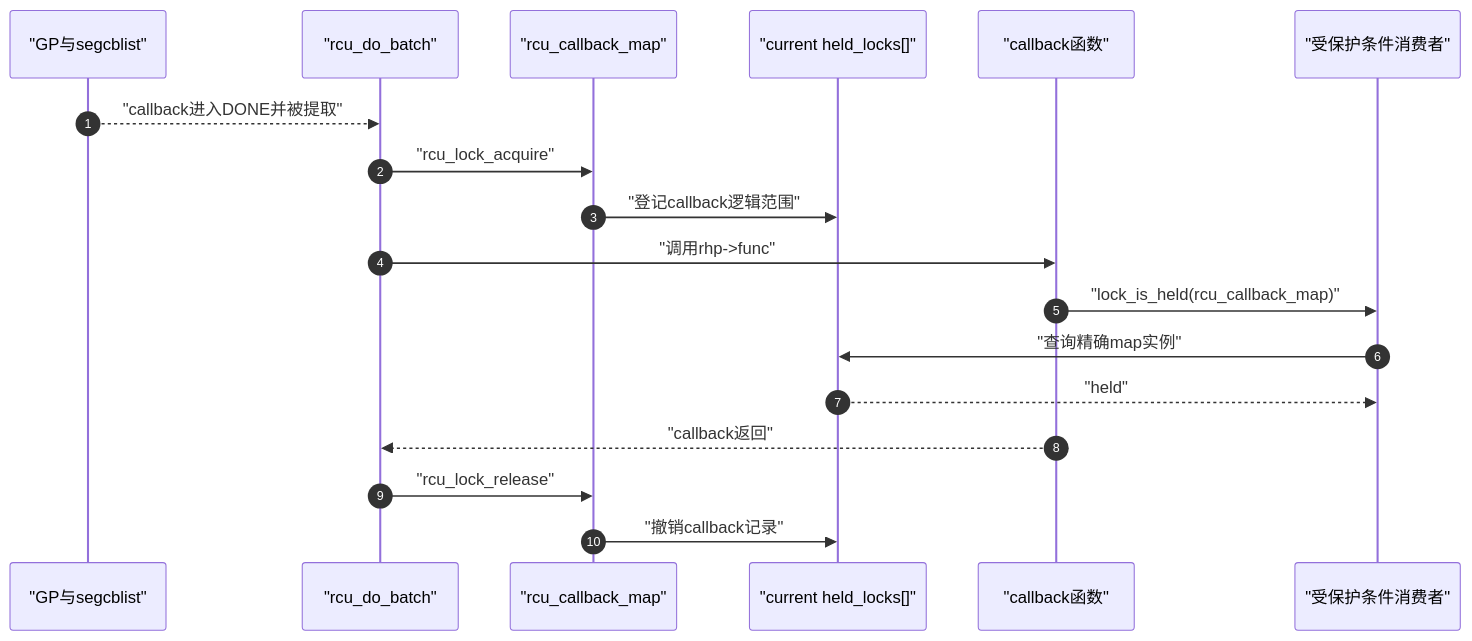
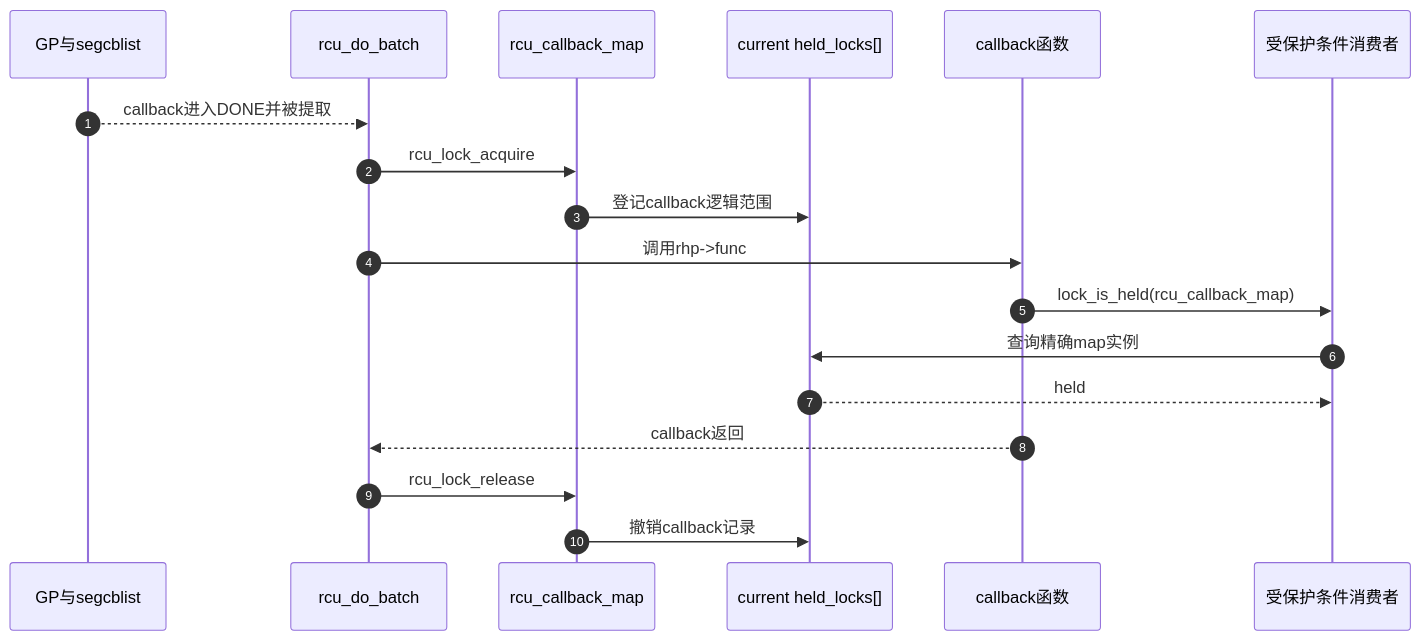
The third of 3 diagrams in research/source_reading/rcu/source_explanations/P04_Linux_6.12_RCU_Lockdep适配层源码实现.md (FormingSystem/linux_note), drawn with Mermaid before and after one commit. The commit also changed other lines of this file and 1 other file, not shown here.

First line of the commit message:
content(rcu/source): 校正Lockdep适配的有效性与配置边界

````diff
--- a/research/source_reading/rcu/source_explanations/P04_Linux_6.12_RCU_Lockdep适配层源码实现.md
+++ b/research/source_reading/rcu/source_explanations/P04_Linux_6.12_RCU_Lockdep适配层源码实现.md
@@ -442,22 +499,22 @@
 ```mermaid
 sequenceDiagram
     autonumber
 
-    participant G as "GP与segcblist"
-    participant B as "rcu_do_batch"
-    participant M as "rcu_callback_map"
-    participant H as "current held_locks[]"
-    participant C as "callback函数"
-    participant P as "受保护条件消费者"
+    participant G as GP与segcblist
+    participant B as rcu_do_batch
+    participant M as rcu_callback_map
+    participant H as current held_locks[]
+    participant C as callback函数
+    participant P as 受保护条件消费者
 
-    G-->>B: "callback进入DONE并被提取"
-    B->>M: "rcu_lock_acquire"
-    M->>H: "登记callback逻辑范围"
-    B->>C: "调用rhp->func"
-    C->>P: "lock_is_held(rcu_callback_map)"
-    P->>H: "查询精确map实例"
-    H-->>P: "held"
-    C-->>B: "callback返回"
-    B->>M: "rcu_lock_release"
-    M->>H: "撤销callback记录"
+    G-->>B: callback进入DONE并被提取
+    B->>M: rcu_lock_acquire
+    M->>H: 登记callback逻辑范围
+    B->>C: 调用rhp->func
+    C->>P: lock_is_held(rcu_callback_map)
+    P->>H: 查询精确map实例
+    H-->>P: held
+    C-->>B: callback返回
+    B->>M: rcu_lock_release
+    M->>H: 撤销callback记录
 ```
````
